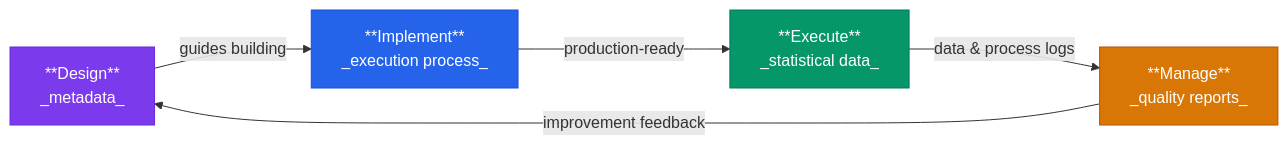
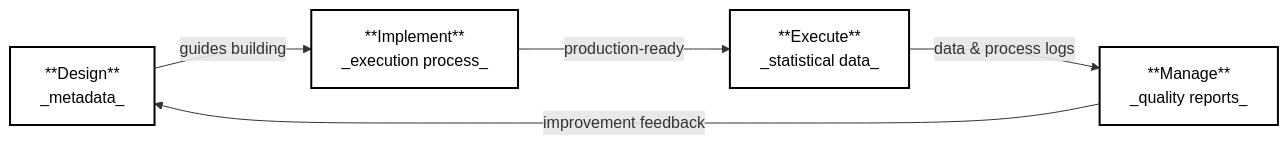
The second of 2 diagrams in site/SAF-in-Brief.qmd (UNECE/Statistical-Architecture-Framework), drawn with Mermaid before and after one commit. The commit also changed other lines of this file and 1 other file, not shown here.

First line of the commit message:
Use greyscale diagrams in SAF in Brief and Getting Started

````diff
--- a/site/SAF-in-Brief.qmd
+++ b/site/SAF-in-Brief.qmd
@@ -84,19 +81,19 @@
 ```{mermaid}
 %%| label: fig-brief-cycle
 %%| fig-cap: "The four-process governance pattern. Each of the six primary streams runs this full cycle; the feedback arrow from Management to Design closes the loop."
 %%| fig-width: 6
 flowchart LR
     D["**Design**
     _metadata_"] -->|"guides building"| I["**Implement**
     _execution process_"]
     I -->|"production-ready"| E["**Execute**
     _statistical data_"]
     E -->|"data & process logs"| M["**Manage**
     _quality reports_"]
     M -->|"improvement feedback"| D
 
-    style D fill:#7c3aed,color:#fff,stroke:#6d28d9
-    style I fill:#2563eb,color:#fff,stroke:#1d4ed8
-    style E fill:#059669,color:#fff,stroke:#047857
-    style M fill:#d97706,color:#fff,stroke:#b45309
+    style D fill:#fff,color:#000,stroke:#000,stroke-width:2px
+    style I fill:#fff,color:#000,stroke:#000,stroke-width:2px
+    style E fill:#fff,color:#000,stroke:#000,stroke-width:2px
+    style M fill:#fff,color:#000,stroke:#000,stroke-width:2px
 ```
````
